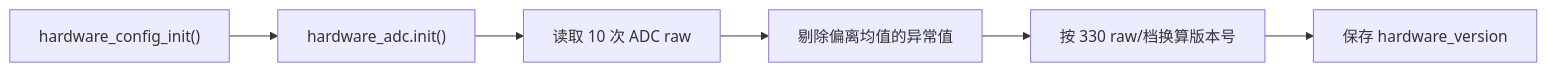
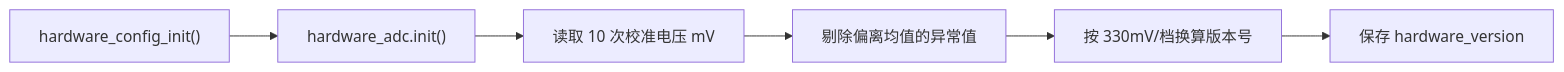
One commit to qingmeijiupiao/Wireless_power_meter_pro_v2 changed the diagram in components/bsp/hardware/README.md. Above: the diagram before and after it, drawn with Mermaid. The commit also changed other lines of this file and 57 other files, not shown here.

````diff
--- a/components/bsp/hardware/README.md
+++ b/components/bsp/hardware/README.md
@@ -27,8 +27,8 @@
 ```mermaid
 flowchart LR
     Init["hardware_config_init()"] --> ADC["hardware_adc.init()"]
-    ADC --> Sample["读取 10 次 ADC raw"]
+    ADC --> Sample["读取 10 次校准电压 mV"]
     Sample --> Filter["剔除偏离均值的异常值"]
-    Filter --> Calc["按 330 raw/档换算版本号"]
+    Filter --> Calc["按 330mV/档换算版本号"]
     Calc --> Store["保存 hardware_version"]
 ```
````
